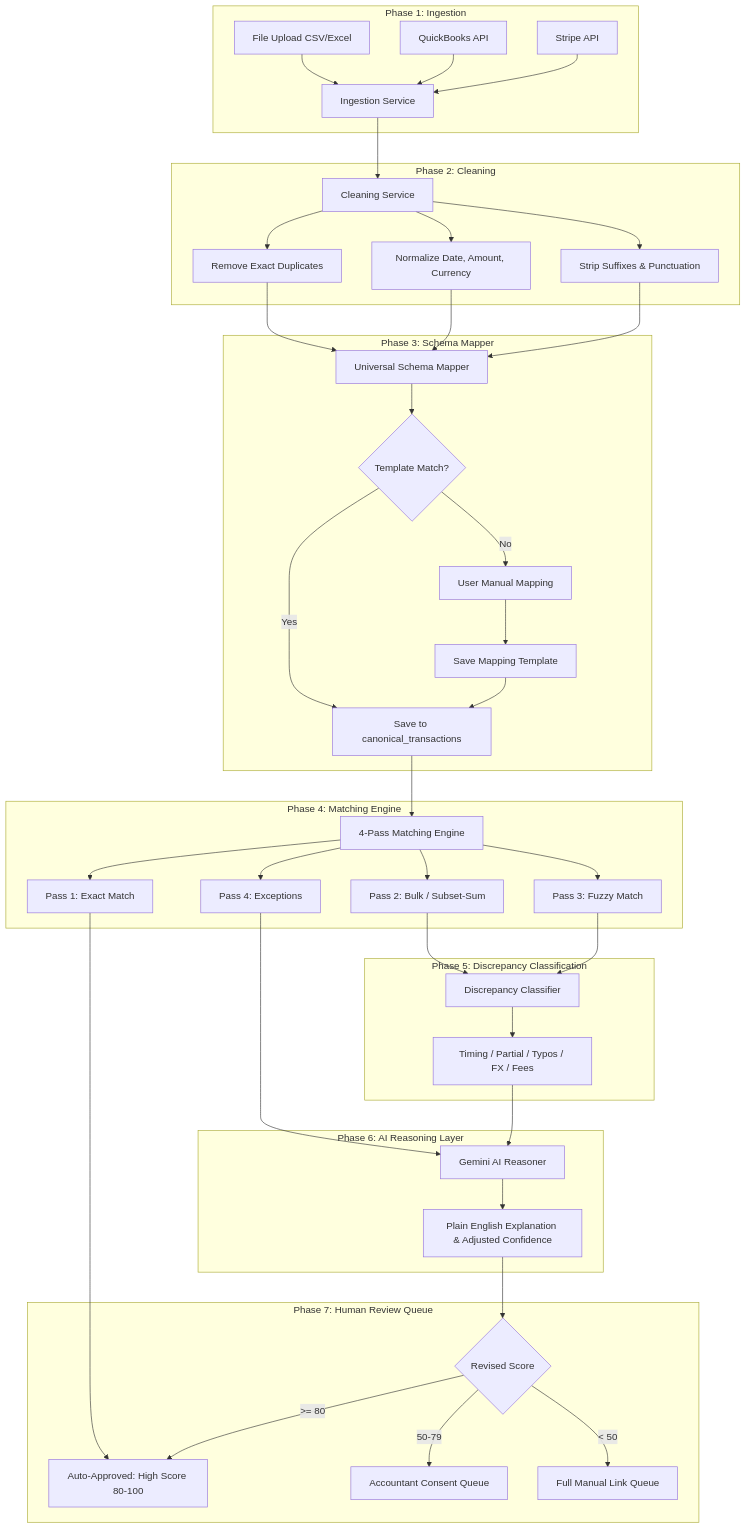
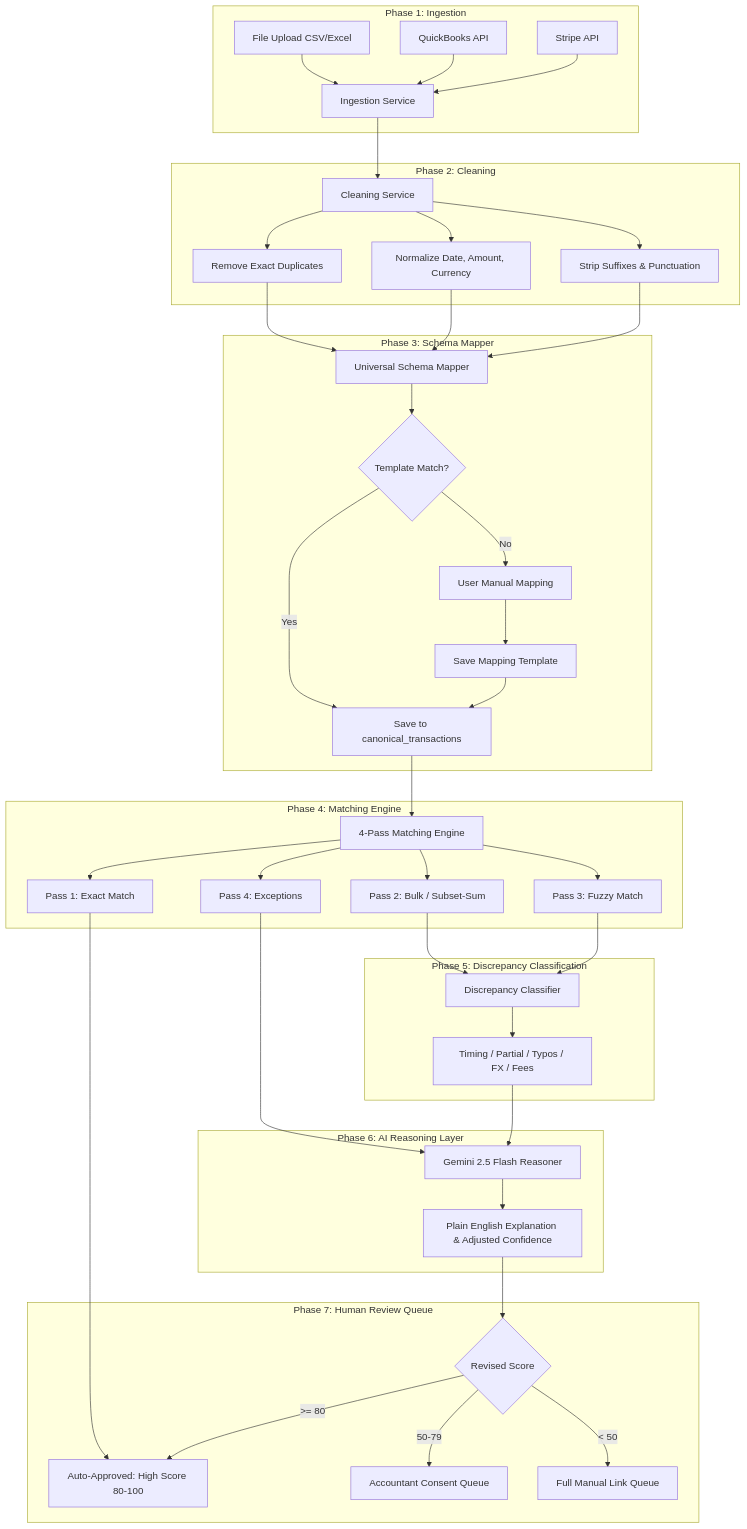
The diagram in README.md (Adi-2903/ReconFlow), drawn with Mermaid before and after one commit. The commit also changed other lines of this file, not shown here.

````diff
--- a/README.md
+++ b/README.md
@@ -25,56 +34,56 @@
 ```mermaid
 flowchart TD
     %% Phase 1
     subgraph Phase 1: Ingestion
         A[File Upload CSV/Excel] --> Ingest[Ingestion Service]
         B[QuickBooks API] --> Ingest
         C[Stripe API] --> Ingest
     end
 
     %% Phase 2
     subgraph Phase 2: Cleaning
         Ingest --> Clean[Cleaning Service]
         Clean --> Dup[Remove Exact Duplicates]
         Clean --> Normal[Normalize Date, Amount, Currency]
         Clean --> Suffix[Strip Suffixes & Punctuation]
     end
 
     %% Phase 3
     subgraph Phase 3: Schema Mapper
         Dup & Normal & Suffix --> Mapper[Universal Schema Mapper]
         Mapper --> Template{Template Match?}
         Template -- No --> Prompt[User Manual Mapping] --> Save[Save Mapping Template]
         Template -- Yes --> Schema[Save to canonical_transactions]
         Save --> Schema
     end
 
     %% Phase 4
     subgraph Phase 4: Matching Engine
         Schema --> Engine[4-Pass Matching Engine]
         Engine --> P1[Pass 1: Exact Match]
         Engine --> P2[Pass 2: Bulk / Subset-Sum]
         Engine --> P3[Pass 3: Fuzzy Match]
         Engine --> P4[Pass 4: Exceptions]
     end
 
     %% Phase 5
     subgraph Phase 5: Discrepancy Classification
         P2 & P3 --> Classify[Discrepancy Classifier]
         Classify --> Tags[Timing / Partial / Typos / FX / Fees]
     end
 
     %% Phase 6
     subgraph Phase 6: AI Reasoning Layer
-        P4 & Tags --> Gemini[Gemini AI Reasoner]
+        P4 & Tags --> Gemini[Gemini 2.5 Flash Reasoner]
         Gemini --> Expl[Plain English Explanation & Adjusted Confidence]
     end
 
     %% Phase 7
     subgraph Phase 7: Human Review Queue
         P1 --> Auto[Auto-Approved: High Score 80-100]
         Expl --> Check{Revised Score}
         Check -- >= 80 --> Auto
         Check -- 50-79 --> Med[Accountant Consent Queue]
         Check -- < 50 --> Manual[Full Manual Link Queue]
     end
 ```
````
